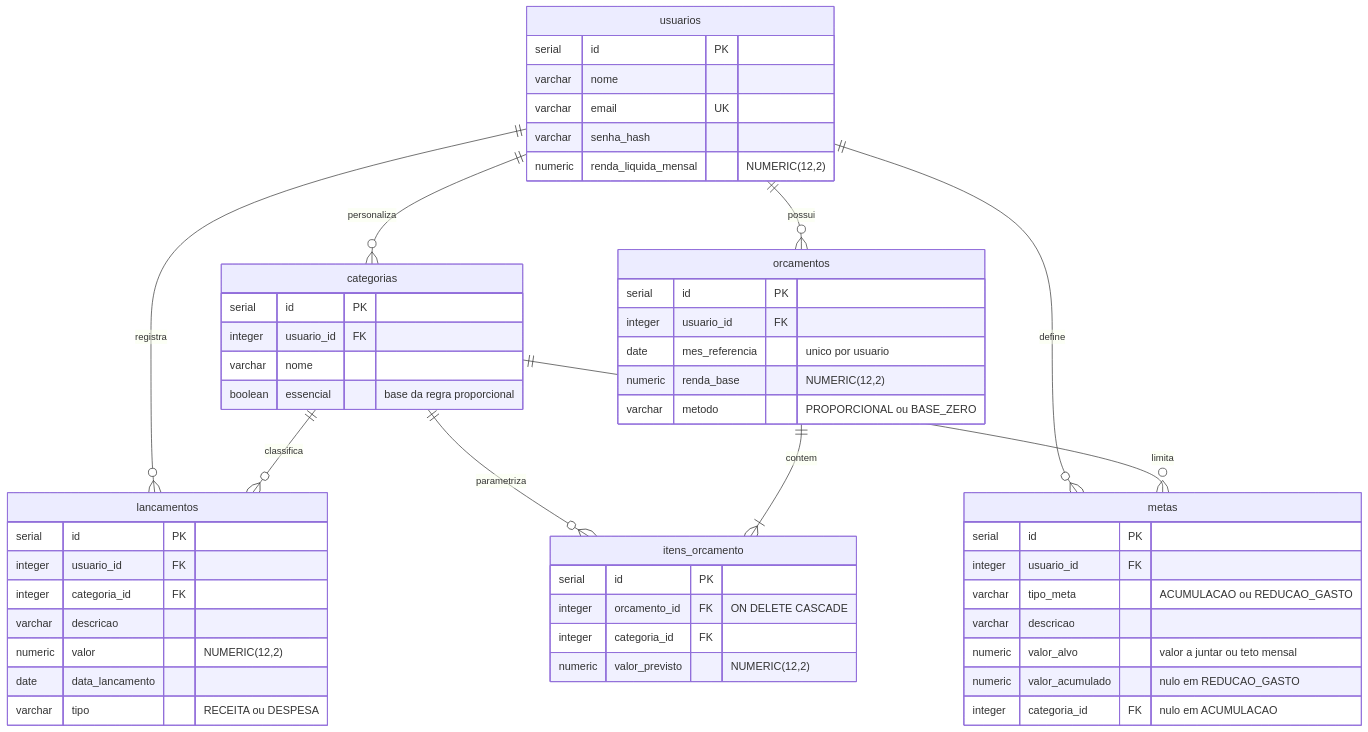
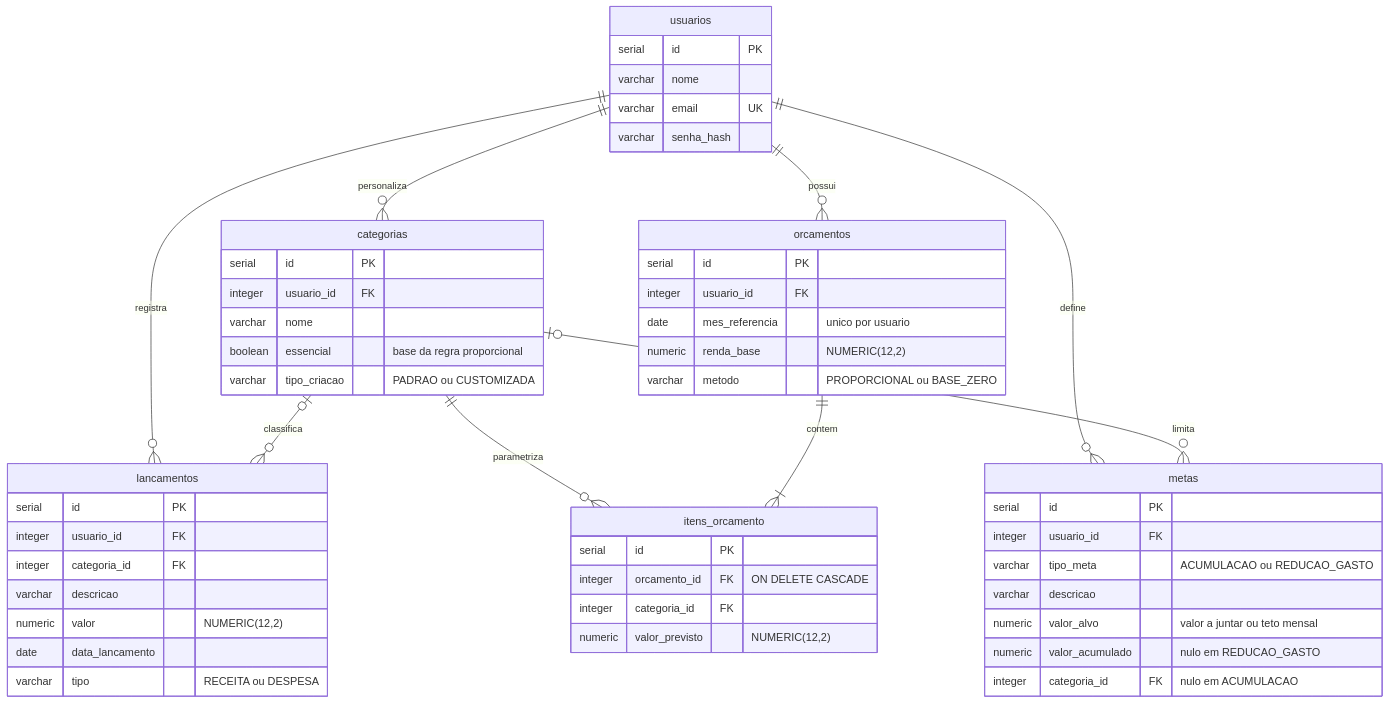
The second of 2 diagrams in README.md (Alcantara-Rafa/VGRFinance), drawn with Mermaid before and after one commit. The commit also changed other lines of this file and 2 other files, not shown here.

Commit message:
docs: execução local, modelagem e DER alinhados ao código; remove renda_liquida_mensal

````diff
--- a/README.md
+++ b/README.md
@@ -234,61 +306,61 @@
 ```mermaid
 erDiagram
     usuarios ||--o{ categorias : personaliza
     usuarios ||--o{ lancamentos : registra
     usuarios ||--o{ orcamentos : possui
     usuarios ||--o{ metas : define
-    categorias ||--o{ lancamentos : classifica
+    categorias |o--o{ lancamentos : classifica
     categorias ||--o{ itens_orcamento : parametriza
-    categorias ||--o{ metas : limita
+    categorias |o--o{ metas : limita
     orcamentos ||--|{ itens_orcamento : contem
 
     usuarios {
         serial id PK
         varchar nome
         varchar email UK
         varchar senha_hash
-        numeric renda_liquida_mensal "NUMERIC(12,2)"
     }
 
     categorias {
         serial id PK
         integer usuario_id FK
         varchar nome
         boolean essencial "base da regra proporcional"
+        varchar tipo_criacao "PADRAO ou CUSTOMIZADA"
     }
 
     lancamentos {
         serial id PK
         integer usuario_id FK
         integer categoria_id FK
         varchar descricao
         numeric valor "NUMERIC(12,2)"
         date data_lancamento
         varchar tipo "RECEITA ou DESPESA"
     }
 
     orcamentos {
         serial id PK
         integer usuario_id FK
         date mes_referencia "unico por usuario"
         numeric renda_base "NUMERIC(12,2)"
         varchar metodo "PROPORCIONAL ou BASE_ZERO"
     }
 
     itens_orcamento {
         serial id PK
         integer orcamento_id FK "ON DELETE CASCADE"
         integer categoria_id FK
         numeric valor_previsto "NUMERIC(12,2)"
     }
 
     metas {
         serial id PK
         integer usuario_id FK
         varchar tipo_meta "ACUMULACAO ou REDUCAO_GASTO"
         varchar descricao
         numeric valor_alvo "valor a juntar ou teto mensal"
         numeric valor_acumulado "nulo em REDUCAO_GASTO"
         integer categoria_id FK "nulo em ACUMULACAO"
     }
 ```
````
